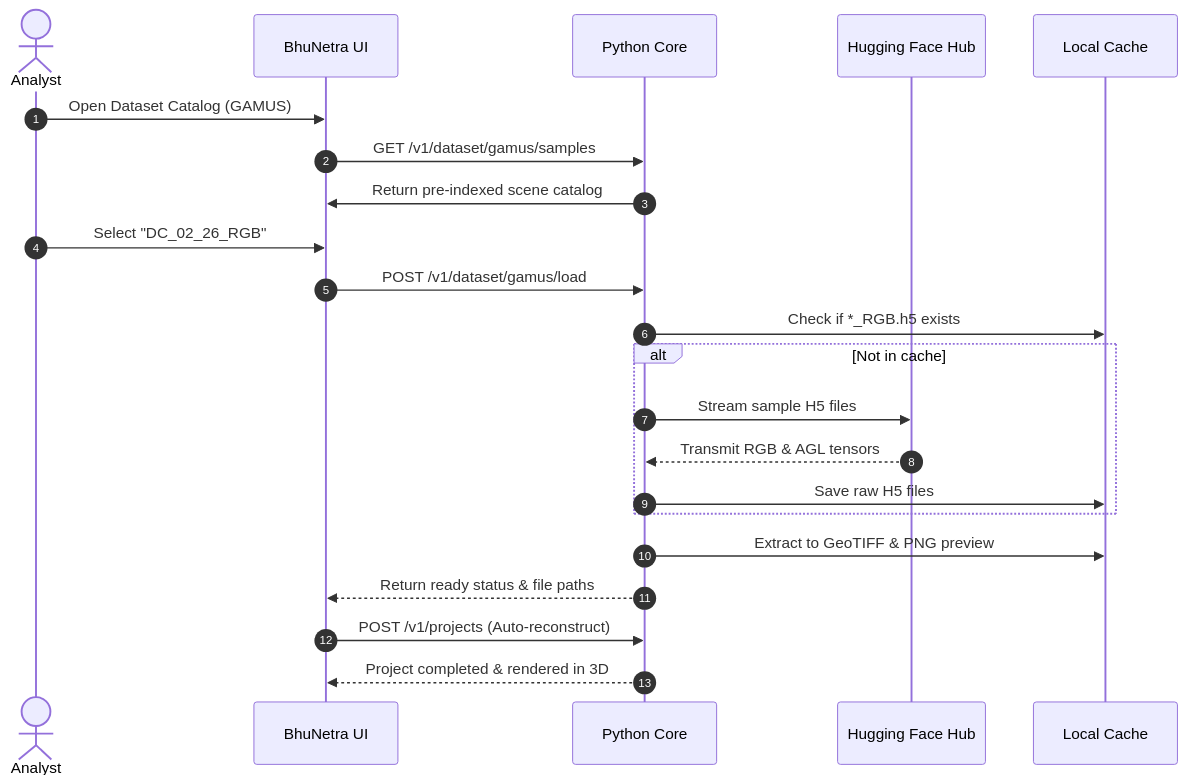
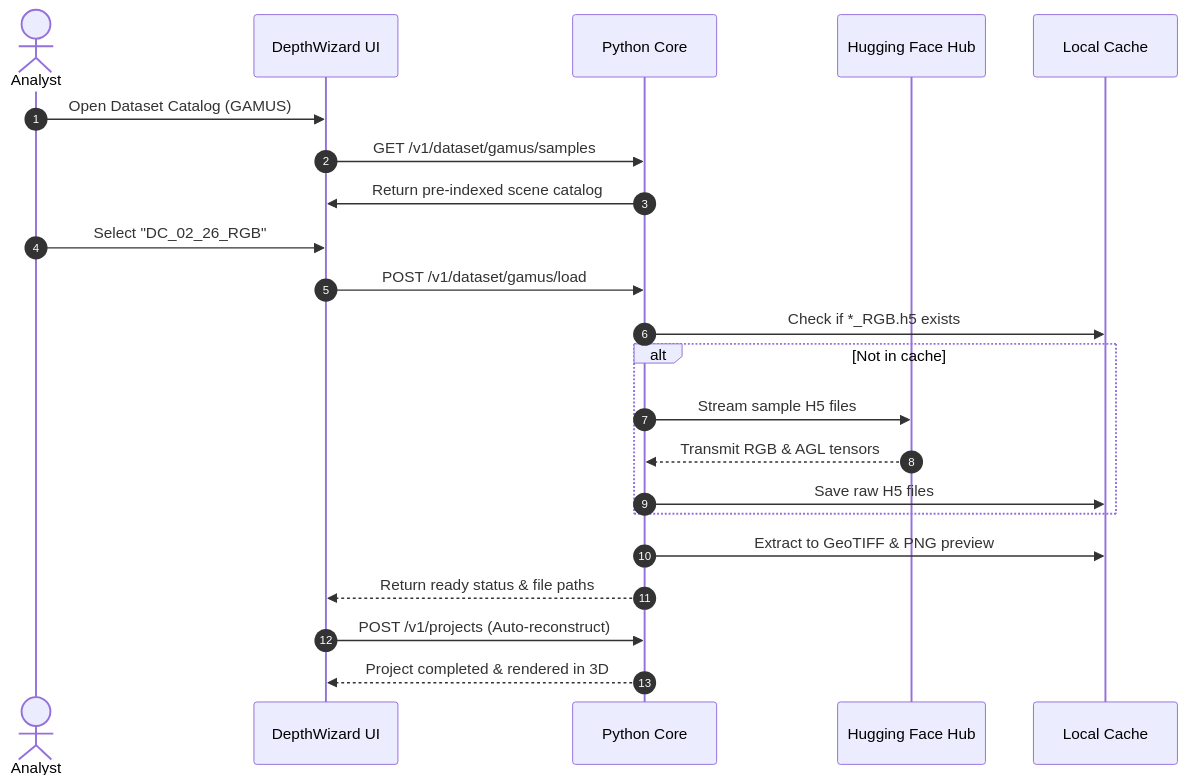
Before and after one commit to mouryas-aiml/BHUNETRA: the fifth of 6 diagrams in README.md, drawn with Mermaid. The commit also changed other lines of this file and 619 other files, not shown here.

````diff
--- a/README.md
+++ b/README.md
@@ -557,25 +557,25 @@
 ```mermaid
 sequenceDiagram
     autonumber
     actor Operator as Analyst
-    participant UI as BhuNetra UI
+    participant UI as DepthWizard UI
     participant Core as Python Core
     participant HF as Hugging Face Hub
     participant Cache as Local Cache
 
     Operator->>UI: Open Dataset Catalog (GAMUS)
     UI->>Core: GET /v1/dataset/gamus/samples
     Core->>UI: Return pre-indexed scene catalog
     Operator->>UI: Select "DC_02_26_RGB"
     UI->>Core: POST /v1/dataset/gamus/load
     Core->>Cache: Check if *_RGB.h5 exists
     alt Not in cache
         Core->>HF: Stream sample H5 files
         HF-->>Core: Transmit RGB & AGL tensors
         Core->>Cache: Save raw H5 files
     end
     Core->>Cache: Extract to GeoTIFF & PNG preview
     Core-->>UI: Return ready status & file paths
     UI->>Core: POST /v1/projects (Auto-reconstruct)
     Core-->>UI: Project completed & rendered in 3D
 ```
````
